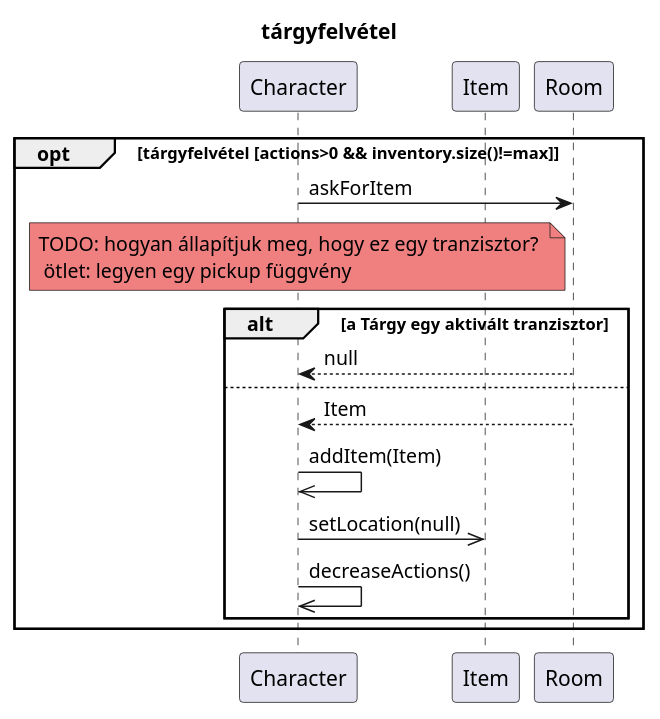
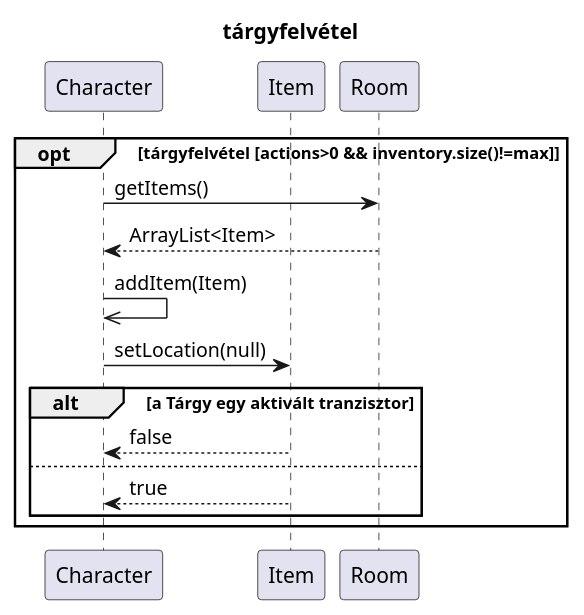
The second of 2 diagrams in diagramms/src/drop_pickup.puml (kipolaris/skyrimscriptsuttogok), drawn with PlantUML before and after one commit. The commit also changed other lines of this file and 29 other files, not shown here.

Commit message:
fix and continue sequence diagrams

```diff
--- a/diagramms/src/drop_pickup.puml
+++ b/diagramms/src/drop_pickup.puml
@@ -19,27 +18,24 @@
 @startuml pickup
 
 title tárgyfelvétel
 
 participant Character as char
 participant Item as t
 participant Room as sz
 
 opt tárgyfelvétel [actions>0 && inventory.size()!=max]
-    char->sz : askForItem
-    'TODO: hogyan állapítjuk meg, hogy ez egy tranzisztor?'
-    'ötlet: legyen egy pickup függvény'
+    char->sz : getItems()
+    return ArrayList<Item>
 
-    note over char #LightCoral: TODO: hogyan állapítjuk meg, hogy ez egy tranzisztor? \n ötlet: legyen egy pickup függvény
+    char->>char : addItem(Item)
+    char->t : setLocation(null)
 
     alt a Tárgy egy aktivált tranzisztor
-        sz-->char : null
+        t-->char : false
     else
-        sz-->char : Item
-        char->>char : addItem(Item)
-        char->>t : setLocation(null)
-        char->>char : decreaseActions()
+        t-->char : true
     end
 end
 
 
 @enduml
```
